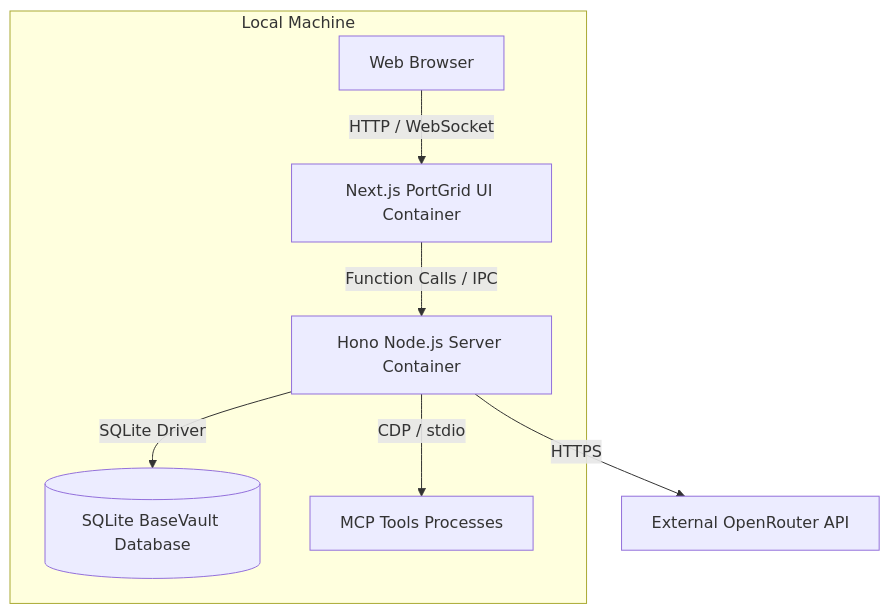
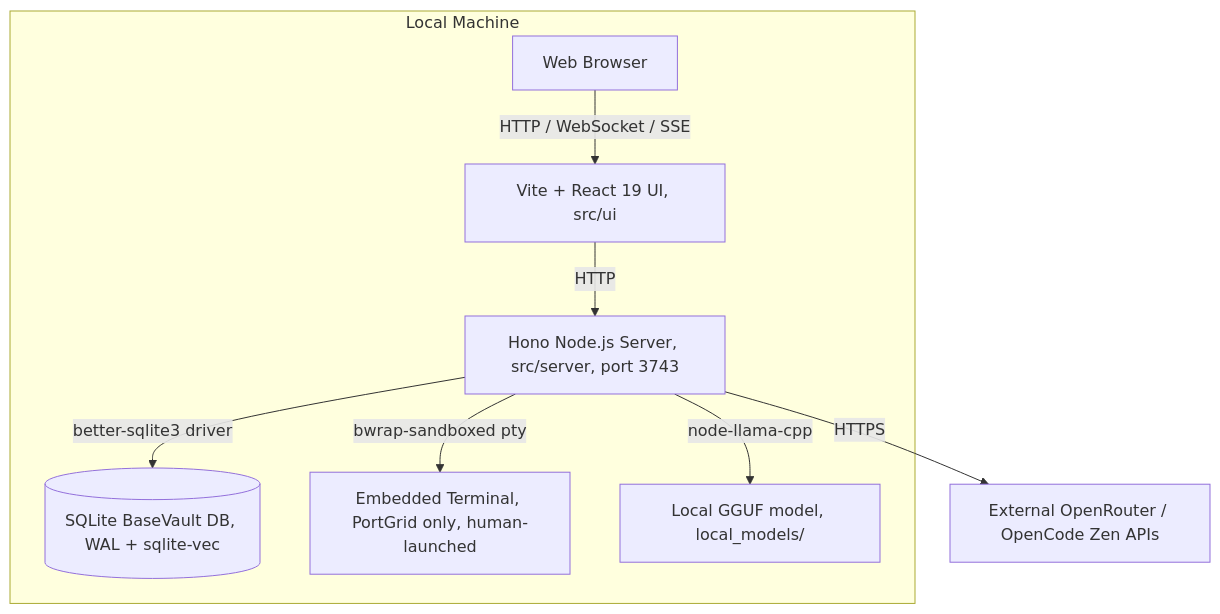
The diagram in docs/docs/02-architecture/c4-container-view.md (wdeldaybytebuster/ByteBuster-NeuroSyncOS), drawn with Mermaid before and after one commit. The commit also changed other lines of this file and 39 other files, not shown here.

````diff
--- a/docs/docs/02-architecture/c4-container-view.md
+++ b/docs/docs/02-architecture/c4-container-view.md
@@ -14,10 +14,11 @@
 ```mermaid
 graph TB
     subgraph Local Machine
-        Browser[Web Browser] -->|HTTP / WebSocket| UI[Next.js PortGrid UI Container]
-        UI -->|Function Calls / IPC| Server[Hono Node.js Server Container]
-        Server -->|SQLite Driver| DB[(SQLite BaseVault Database)]
-        Server -->|CDP / stdio| MCP[MCP Tools Processes]
+        Browser[Web Browser] -->|HTTP / WebSocket / SSE| UI[Vite + React 19 UI, src/ui]
+        UI -->|HTTP| Server[Hono Node.js Server, src/server, port 3743]
+        Server -->|better-sqlite3 driver| DB[(SQLite BaseVault DB, WAL + sqlite-vec)]
+        Server -->|bwrap-sandboxed pty| Terminal[Embedded Terminal, PortGrid only, human-launched]
+        Server -->|node-llama-cpp| LocalModel[Local GGUF model, local_models/]
     end
-    Server -->|HTTPS| OpenRouter[External OpenRouter API]
+    Server -->|HTTPS| OpenRouter[External OpenRouter / OpenCode Zen APIs]
 ```
````
